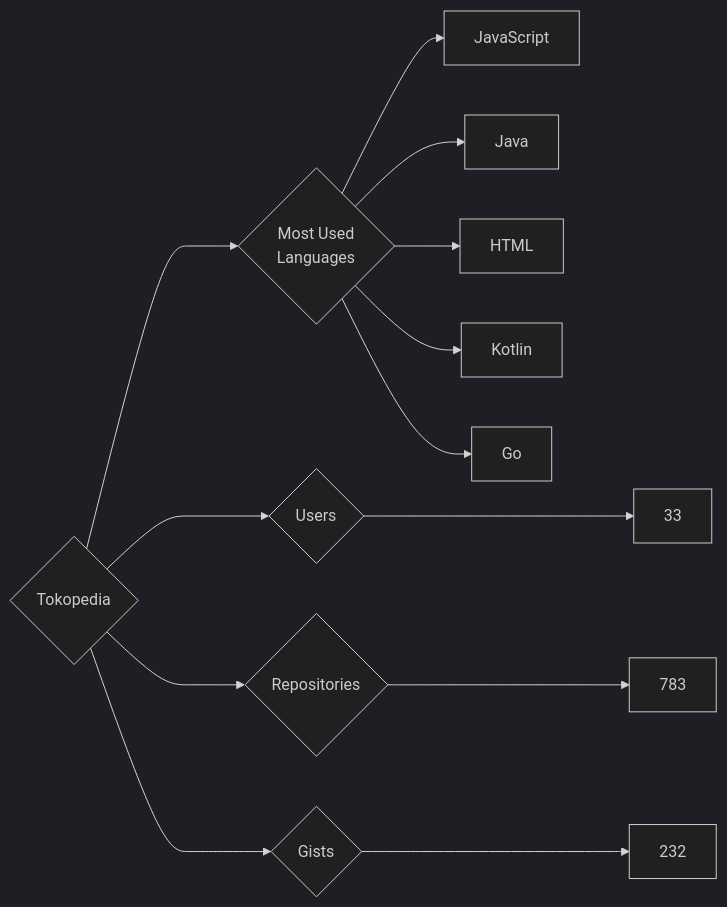
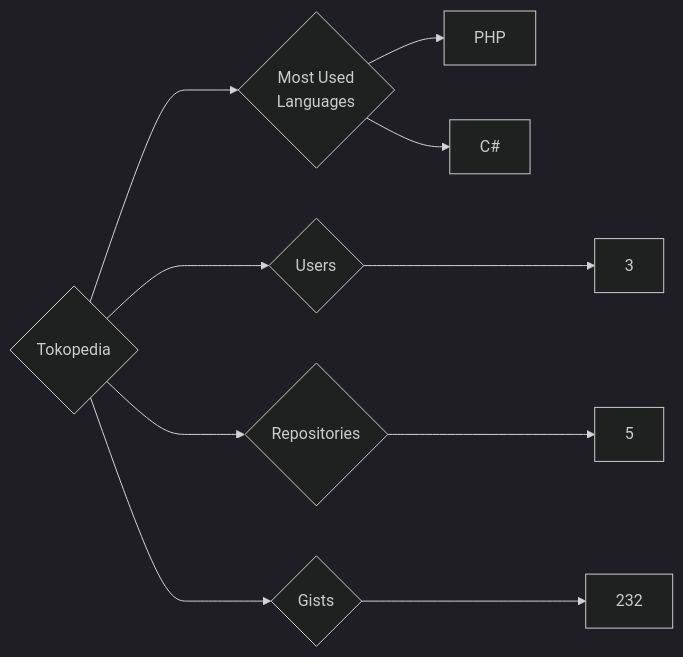
The diagram in targets/Tokopedia/README.md (trickest/insiders), drawn with Mermaid (dark theme) before and after one commit. The commit also changed 1496 other files, not shown here.

````diff
--- a/targets/Tokopedia/README.md
+++ b/targets/Tokopedia/README.md
@@ -3,13 +3,10 @@
 ```mermaid
 graph LR
 COMPANY_NAME{Tokopedia}
-COMPANY_NAME ---> U{Users} ---> UN[33]
-COMPANY_NAME ---> R{Repositories} ---> RN[783]
+COMPANY_NAME ---> U{Users} ---> UN[3]
+COMPANY_NAME ---> R{Repositories} ---> RN[5]
 COMPANY_NAME ---> G{Gists} ---> GN[232]
 COMPANY_NAME ---> ML{Most Used<br>Languages}
-ML --> JavaScript[JavaScript]
-ML --> Java[Java]
-ML --> HTML[HTML]
-ML --> Kotlin[Kotlin]
-ML --> Go[Go]
+ML --> PHP[PHP]
+ML --> C#[C#]
 ```
````
